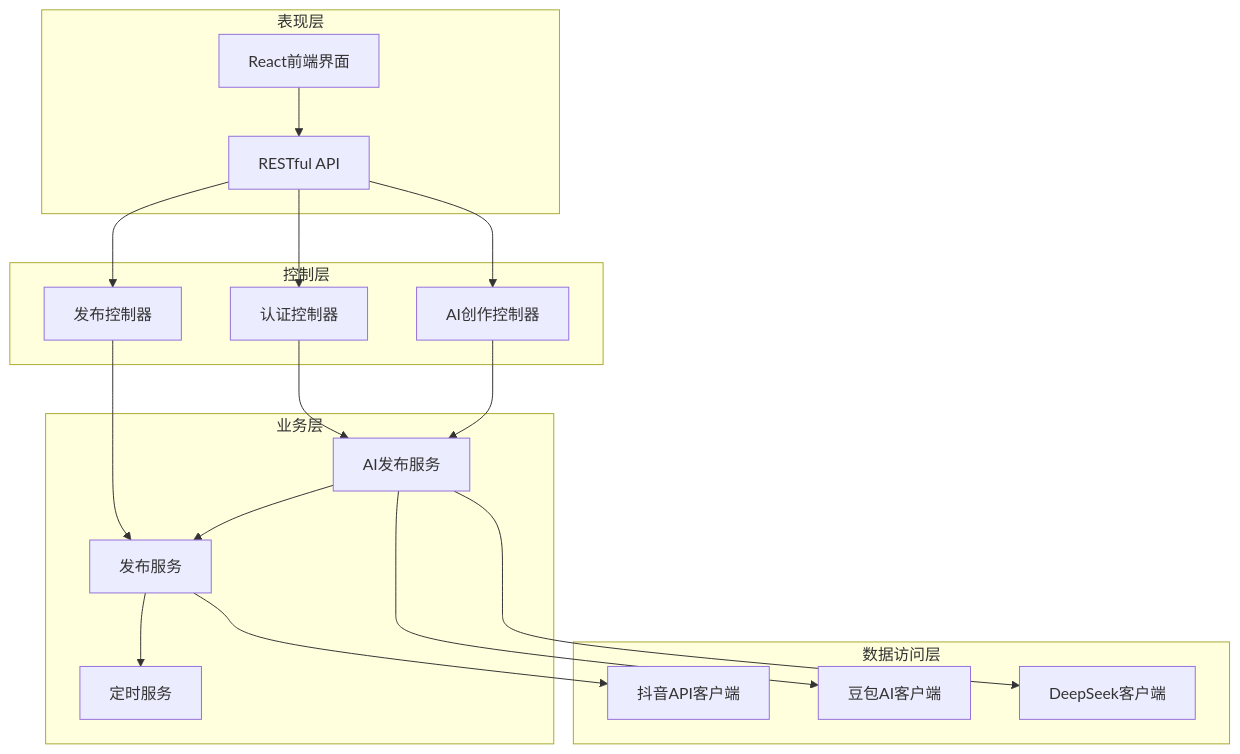
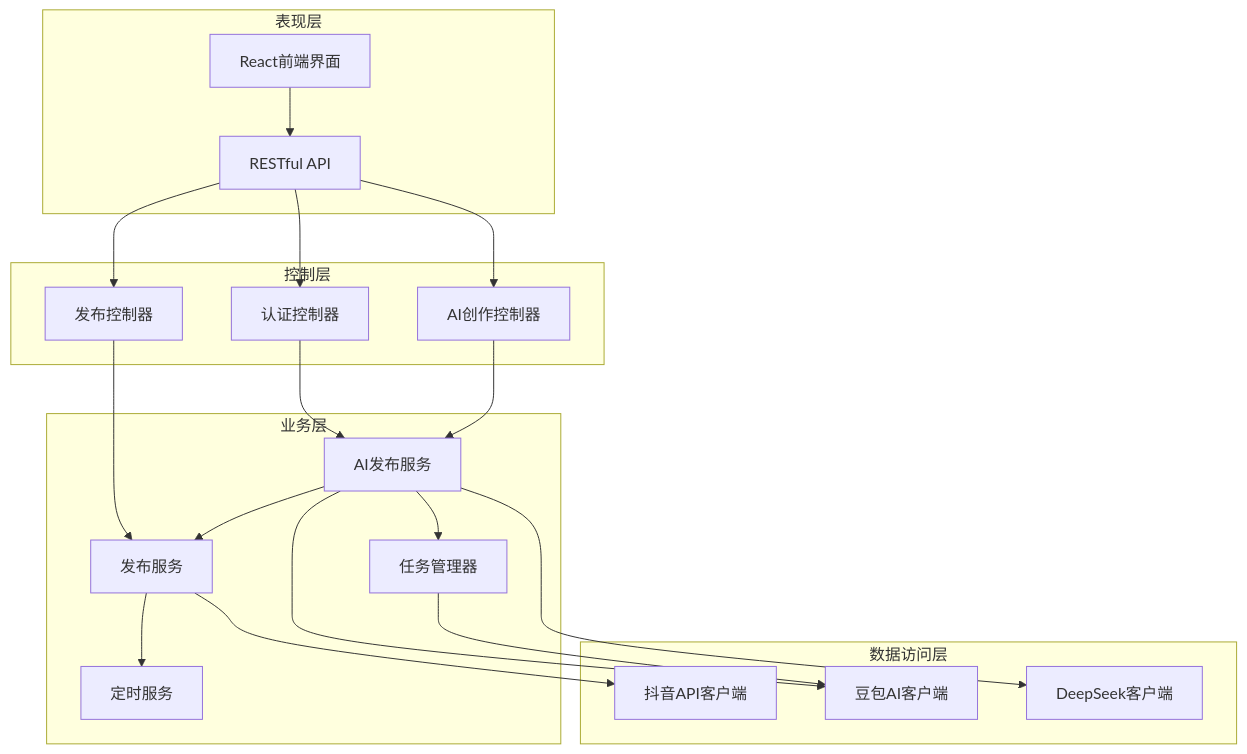
Before and after one commit to songdiyang/clawOperations: the fourth of 10 diagrams in .qoder/repowiki/zh/content/核心模块详解/AI内容生成系统.md, drawn with Mermaid. The commit also changed other lines of this file and 5 other files, not shown here.

````diff
--- a/.qoder/repowiki/zh/content/核心模块详解/AI内容生成系统.md
+++ b/.qoder/repowiki/zh/content/核心模块详解/AI内容生成系统.md
@@ -194,34 +241,37 @@
 ```mermaid
 graph TB
 subgraph "表现层"
 UI[React前端界面]
 API[RESTful API]
 end
 subgraph "控制层"
 AuthCtrl[认证控制器]
 AICtrl[AI创作控制器]
 PubCtrl[发布控制器]
 end
 subgraph "业务层"
 AIPubService[AI发布服务]
 PubService[发布服务]
 SchedulerService[定时服务]
+TaskManager[任务管理器]
 end
 subgraph "数据访问层"
 DouyinClient[抖音API客户端]
 DoubaoClient[豆包AI客户端]
 DeepSeekClient[DeepSeek客户端]
 end
 UI --> API
 API --> AuthCtrl
 API --> AICtrl
 API --> PubCtrl
 AuthCtrl --> AIPubService
 AICtrl --> AIPubService
 PubCtrl --> PubService
 AIPubService --> PubService
+AIPubService --> TaskManager
 PubService --> SchedulerService
 AIPubService --> DoubaoClient
 AIPubService --> DeepSeekClient
 PubService --> DouyinClient
+TaskManager --> DoubaoClient
 ```
````
